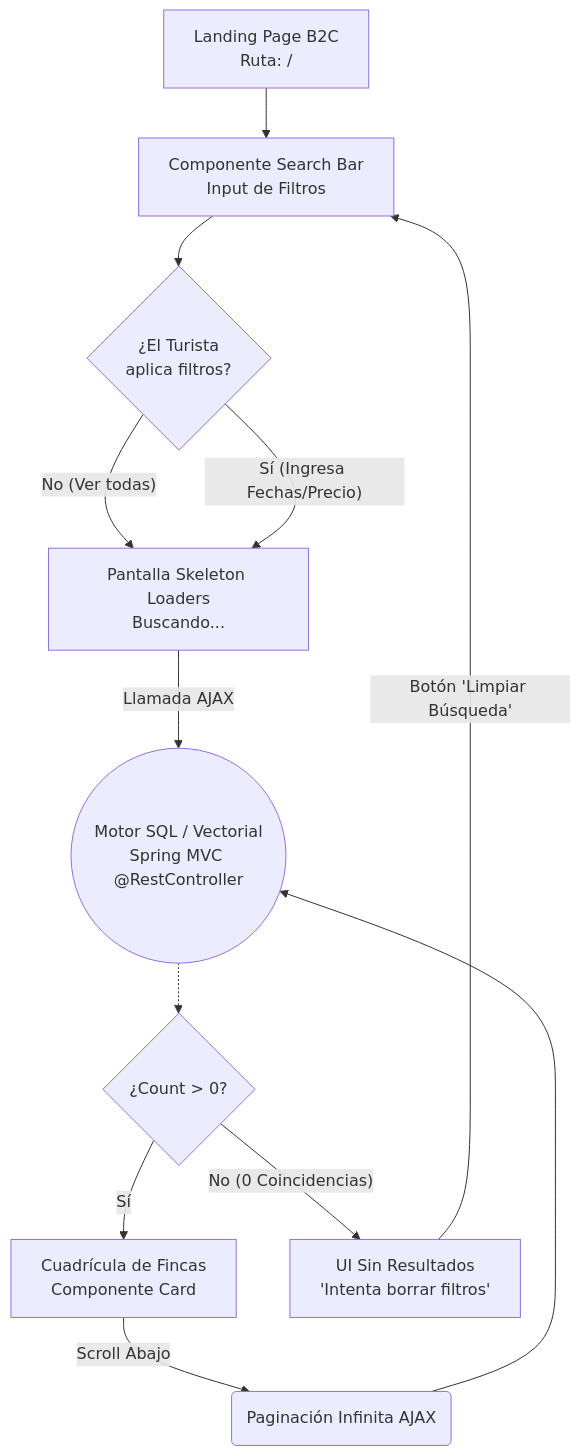
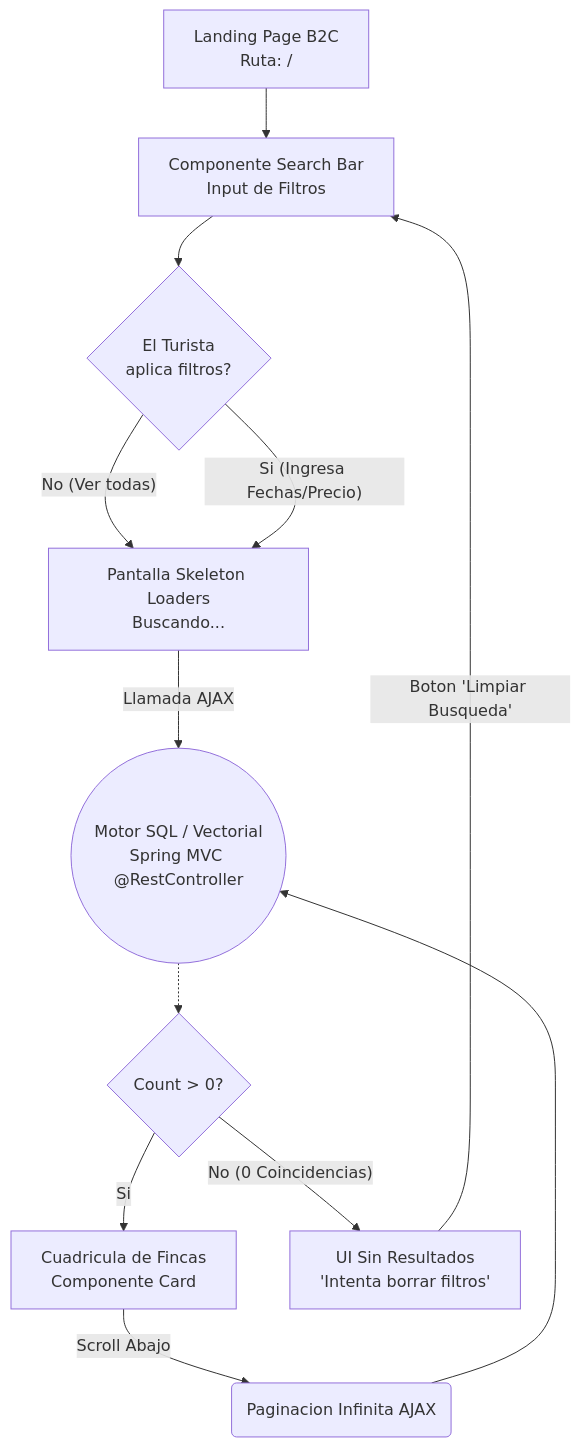
One commit to camilolayos54-dotcom/NosFuimosdeFinca changed the diagram in docs/04-system-modeling/02.User_Flows_Task_Flows/modules/MOD-SRCH_flows.md. Above: the diagram before and after it, drawn with Mermaid. The commit also changed other lines of this file and 62 other files, not shown here.

````diff
--- a/docs/04-system-modeling/02.User_Flows_Task_Flows/modules/MOD-SRCH_flows.md
+++ b/docs/04-system-modeling/02.User_Flows_Task_Flows/modules/MOD-SRCH_flows.md
@@ -33,36 +33,36 @@
 ```mermaid
 flowchart TD
     %% Nodos UI
     HomeUI[Landing Page B2C<br>Ruta: /]
     SearchBarUI[Componente Search Bar<br>Input de Filtros]
     LoadingUI[Pantalla Skeleton Loaders<br>Buscando...]
-    ResultsGridUI[Cuadrícula de Fincas<br>Componente Card]
+    ResultsGridUI[Cuadricula de Fincas<br>Componente Card]
     EmptyStateUI[UI Sin Resultados<br>'Intenta borrar filtros']
     
-    %% Nodos Asíncronos
+    %% Nodos Asincronos
     SearchEngine((Motor SQL / Vectorial<br>Spring MVC @RestController))
     
     %% Decisiones
-    FilterCheck{¿El Turista<br>aplica filtros?}
-    ResultCheck{¿Count > 0?}
+    FilterCheck{ El Turista<br>aplica filtros?}
+    ResultCheck{ Count > 0?}
 
-    %% Flujo de Búsqueda
+    %% Flujo de Busqueda
     HomeUI --> SearchBarUI
     SearchBarUI --> FilterCheck
     
-    %% Búsqueda Default vs Parametrizada
+    %% Busqueda Default vs Parametrizada
     FilterCheck -- No (Ver todas) --> LoadingUI
-    FilterCheck -- Sí (Ingresa Fechas/Precio) --> LoadingUI
+    FilterCheck -- Si (Ingresa Fechas/Precio) --> LoadingUI
     
     LoadingUI --> |Llamada AJAX| SearchEngine
     SearchEngine -.-> ResultCheck
     
     %% Unhappy Path (No hay fincas)
     ResultCheck -- No (0 Coincidencias) --> EmptyStateUI
-    EmptyStateUI --> |Botón 'Limpiar Búsqueda'| SearchBarUI
+    EmptyStateUI --> |Boton 'Limpiar Busqueda'| SearchBarUI
     
     %% Happy Path (Resultados y Scroll)
-    ResultCheck -- Sí --> ResultsGridUI
-    ResultsGridUI --> |Scroll Abajo| InfiniteScroll(Paginación Infinita AJAX)
+    ResultCheck -- Si --> ResultsGridUI
+    ResultsGridUI --> |Scroll Abajo| InfiniteScroll(Paginacion Infinita AJAX)
     InfiniteScroll --> SearchEngine
 ```
````
